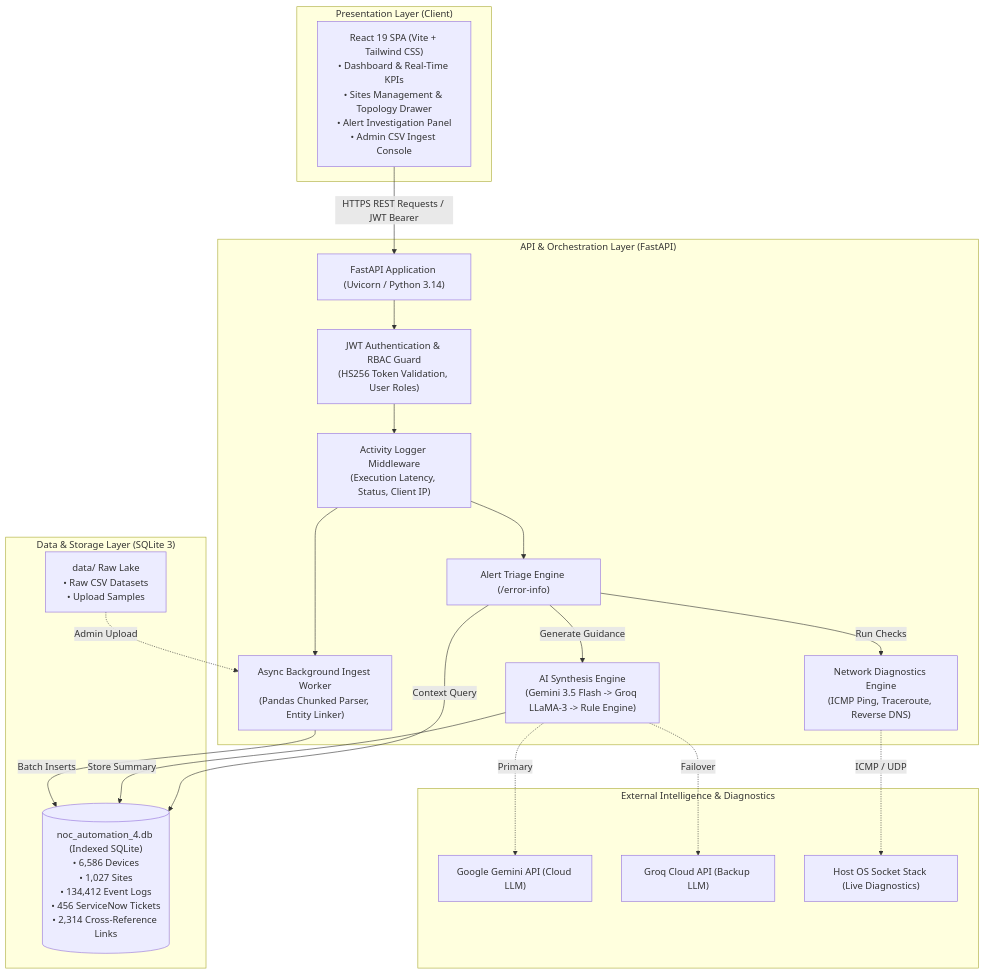
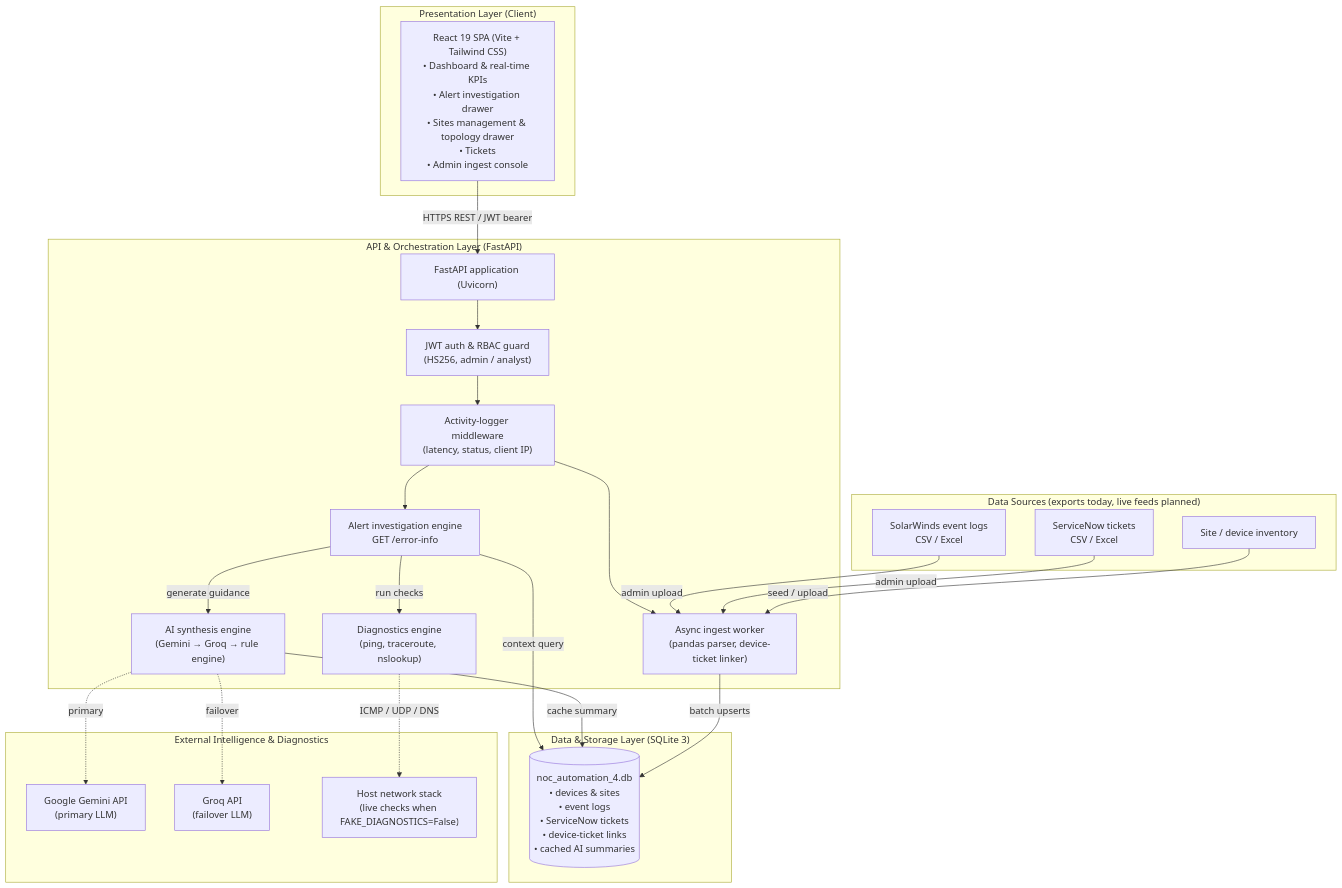
The second of 8 diagrams in docs/NOC_Diagrams.md (sanchiitvijay/noc-ps), drawn with Mermaid before and after one commit. The commit also changed other lines of this file and 3 other files, not shown here.

````diff
--- a/docs/NOC_Diagrams.md
+++ b/docs/NOC_Diagrams.md
@@ -10,45 +57,52 @@
 ```mermaid
 flowchart TB
+    subgraph Sources ["Data Sources (exports today, live feeds planned)"]
+        SW["SolarWinds event logs<br/>CSV / Excel"]
+        SN["ServiceNow tickets<br/>CSV / Excel"]
+        INV["Site / device inventory"]
+    end
+
     subgraph Presentation ["Presentation Layer (Client)"]
-        Browser["React 19 SPA (Vite + Tailwind CSS)<br/>• Dashboard & Real-Time KPIs<br/>• Sites Management & Topology Drawer<br/>• Alert Investigation Panel<br/>• Admin CSV Ingest Console"]
+        Browser["React 19 SPA (Vite + Tailwind CSS)<br/>• Dashboard & real-time KPIs<br/>• Alert investigation drawer<br/>• Sites management & topology drawer<br/>• Tickets<br/>• Admin ingest console"]
     end
 
     subgraph ServiceLayer ["API & Orchestration Layer (FastAPI)"]
-        Router["FastAPI Application (Uvicorn / Python 3.14)"]
-        AuthMiddleware["JWT Authentication & RBAC Guard<br/>(HS256 Token Validation, User Roles)"]
-        AuditMiddleware["Activity Logger Middleware<br/>(Execution Latency, Status, Client IP)"]
-        
-        TriageEngine["Alert Triage Engine (/error-info)"]
-        DiagRunner["Network Diagnostics Engine<br/>(ICMP Ping, Traceroute, Reverse DNS)"]
-        AIService["AI Synthesis Engine<br/>(Gemini 3.5 Flash -> Groq LLaMA-3 -> Rule Engine)"]
-        IngestWorker["Async Background Ingest Worker<br/>(Pandas Chunked Parser, Entity Linker)"]
+        Router["FastAPI application (Uvicorn)"]
+        AuthMiddleware["JWT auth & RBAC guard<br/>(HS256, admin / analyst)"]
+        AuditMiddleware["Activity-logger middleware<br/>(latency, status, client IP)"]
+
+        InvestigationEngine["Alert investigation engine<br/>GET /error-info"]
+        DiagRunner["Diagnostics engine<br/>(ping, traceroute, nslookup)"]
+        AIService["AI synthesis engine<br/>(Gemini → Groq → rule engine)"]
+        IngestWorker["Async ingest worker<br/>(pandas parser, device-ticket linker)"]
     end
 
     subgraph Persistence ["Data & Storage Layer (SQLite 3)"]
-        DB[("noc_automation_4.db (Indexed SQLite)<br/>• 6,586 Devices<br/>• 1,027 Sites<br/>• 134,412 Event Logs<br/>• 456 ServiceNow Tickets<br/>• 2,314 Cross-Reference Links")]
-        DiskAssets["data/ Raw Lake<br/>• Raw CSV Datasets<br/>• Upload Samples"]
+        DB[("noc_automation_4.db<br/>• devices & sites<br/>• event logs<br/>• ServiceNow tickets<br/>• device-ticket links<br/>• cached AI summaries")]
     end
 
     subgraph External ["External Intelligence & Diagnostics"]
-        GeminiAPI["Google Gemini API (Cloud LLM)"]
-        GroqAPI["Groq Cloud API (Backup LLM)"]
-        NetworkStack["Host OS Socket Stack (Live Diagnostics)"]
+        GeminiAPI["Google Gemini API<br/>(primary LLM)"]
+        GroqAPI["Groq API<br/>(failover LLM)"]
+        NetworkStack["Host network stack<br/>(live checks when FAKE_DIAGNOSTICS=False)"]
     end
 
-    Browser -->|HTTPS REST Requests / JWT Bearer| Router
+    Browser -->|HTTPS REST / JWT bearer| Router
     Router --> AuthMiddleware --> AuditMiddleware
-    AuditMiddleware --> TriageEngine
+    AuditMiddleware --> InvestigationEngine
     AuditMiddleware --> IngestWorker
 
-    TriageEngine -->|Context Query| DB
-    TriageEngine -->|Run Checks| DiagRunner
-    DiagRunner -.->|ICMP / UDP| NetworkStack
-    TriageEngine -->|Generate Guidance| AIService
-    
-    AIService -.->|Primary| GeminiAPI
-    AIService -.->|Failover| GroqAPI
-    AIService -->|Store Summary| DB
+    InvestigationEngine -->|context query| DB
+    InvestigationEngine -->|run checks| DiagRunner
+    DiagRunner -.->|ICMP / UDP / DNS| NetworkStack
+    InvestigationEngine -->|generate guidance| AIService
 
-    IngestWorker -->|Batch Inserts| DB
-    DiskAssets -.->|Admin Upload| IngestWorker
+    AIService -.->|primary| GeminiAPI
+    AIService -.->|failover| GroqAPI
+    AIService -->|cache summary| DB
+
+    SW -->|admin upload| IngestWorker
+    SN -->|admin upload| IngestWorker
+    INV -->|seed / upload| IngestWorker
+    IngestWorker -->|batch upserts| DB
 ```
````
